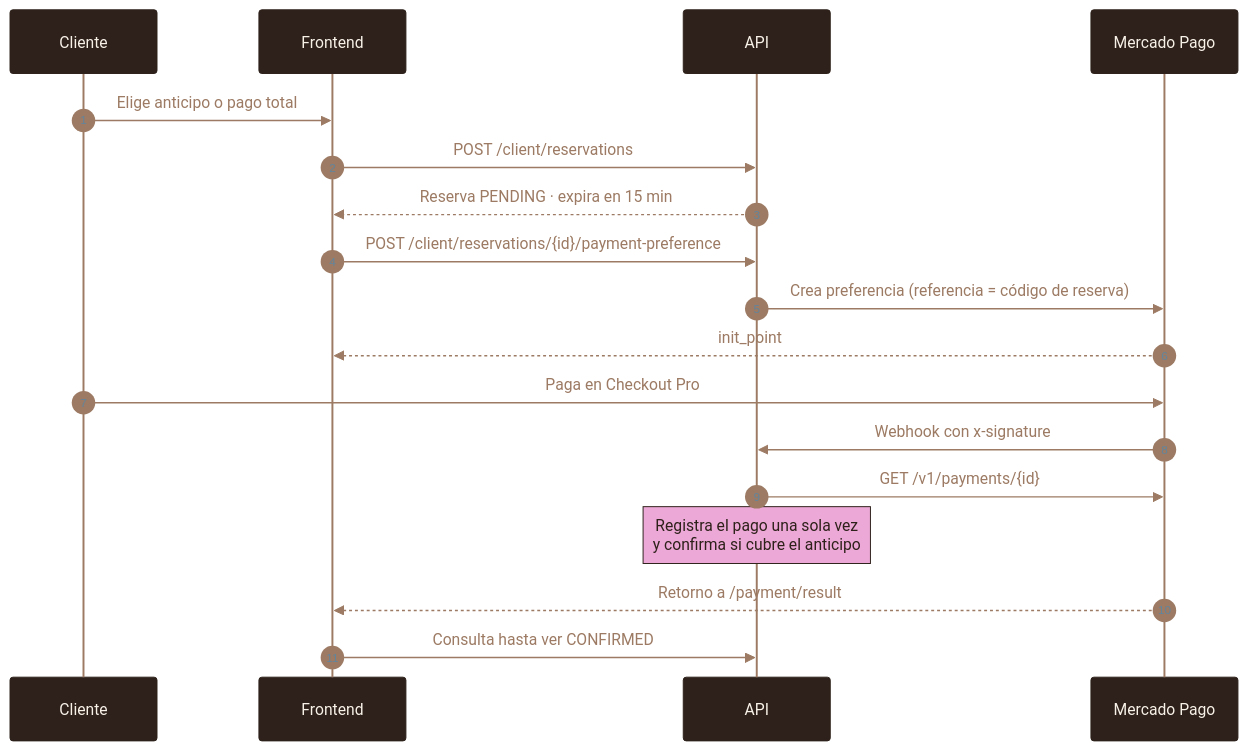
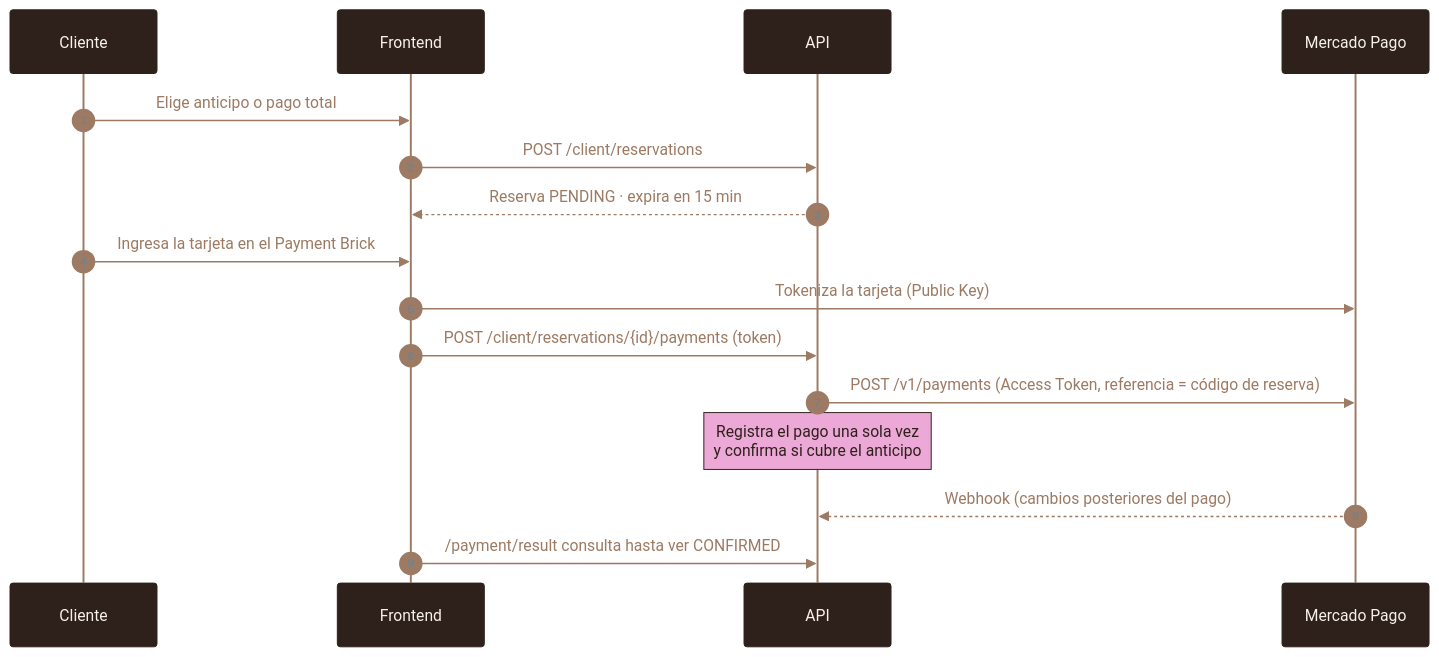
Before and after one commit to HotelGotitass/Hotel: the third of 8 diagrams in README.md, drawn with Mermaid. The commit also changed other lines of this file and 13 other files, not shown here.

First line of the commit message:
feat: pago con Payment Brick de Mercado Pago y configuracion publica de pagos

````diff
--- a/README.md
+++ b/README.md
@@ -86,21 +86,19 @@
 ```mermaid
 %%{init: {"theme":"base","themeVariables":{"primaryColor":"#F7F1E8","primaryTextColor":"#2E211B","primaryBorderColor":"#2E211B","lineColor":"#9C7A63","secondaryColor":"#ECA8D6","tertiaryColor":"#FBF8F3","edgeLabelBackground":"#F7F1E8","noteBkgColor":"#ECA8D6","noteTextColor":"#2E211B","noteBorderColor":"#2E211B","actorBkg":"#2E211B","actorTextColor":"#F7F1E8","actorBorder":"#2E211B","actorLineColor":"#9C7A63","signalColor":"#9C7A63","signalTextColor":"#9C7A63","labelBoxBkgColor":"#ECA8D6","labelTextColor":"#2E211B","loopTextColor":"#9C7A63","attributeBackgroundColorOdd":"#FBF8F3","attributeBackgroundColorEven":"#F7F1E8"}}}%%
 sequenceDiagram
     autonumber
     participant C as Cliente
     participant FE as Frontend
     participant API as API
     participant MP as Mercado Pago
     C->>FE: Elige anticipo o pago total
     FE->>API: POST /client/reservations
     API-->>FE: Reserva PENDING · expira en 15 min
-    FE->>API: POST /client/reservations/{id}/payment-preference
-    API->>MP: Crea preferencia (referencia = código de reserva)
-    MP-->>FE: init_point
-    C->>MP: Paga en Checkout Pro
-    MP->>API: Webhook con x-signature
-    API->>MP: GET /v1/payments/{id}
+    C->>FE: Ingresa la tarjeta en el Payment Brick
+    FE->>MP: Tokeniza la tarjeta (Public Key)
+    FE->>API: POST /client/reservations/{id}/payments (token)
+    API->>MP: POST /v1/payments (Access Token, referencia = código de reserva)
     Note over API: Registra el pago una sola vez<br/>y confirma si cubre el anticipo
-    MP-->>FE: Retorno a /payment/result
-    FE->>API: Consulta hasta ver CONFIRMED
+    MP-->>API: Webhook (cambios posteriores del pago)
+    FE->>API: /payment/result consulta hasta ver CONFIRMED
 ```
````
